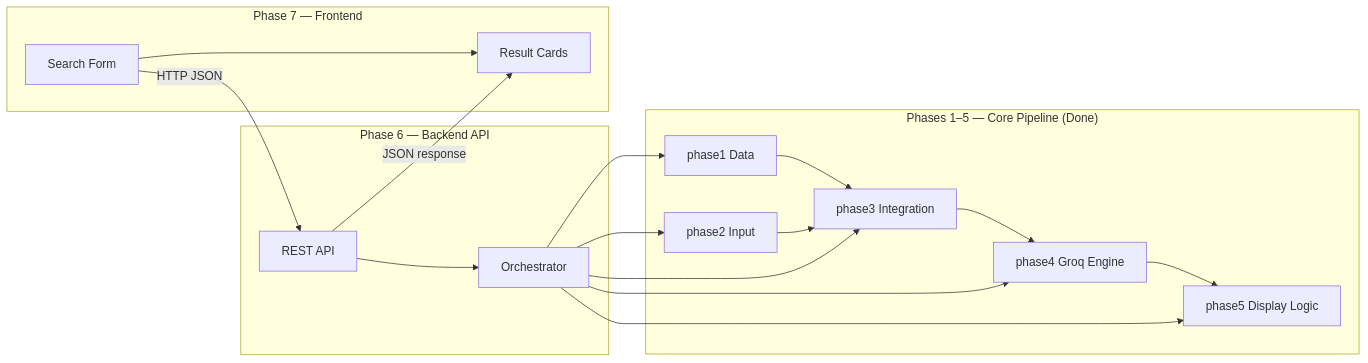
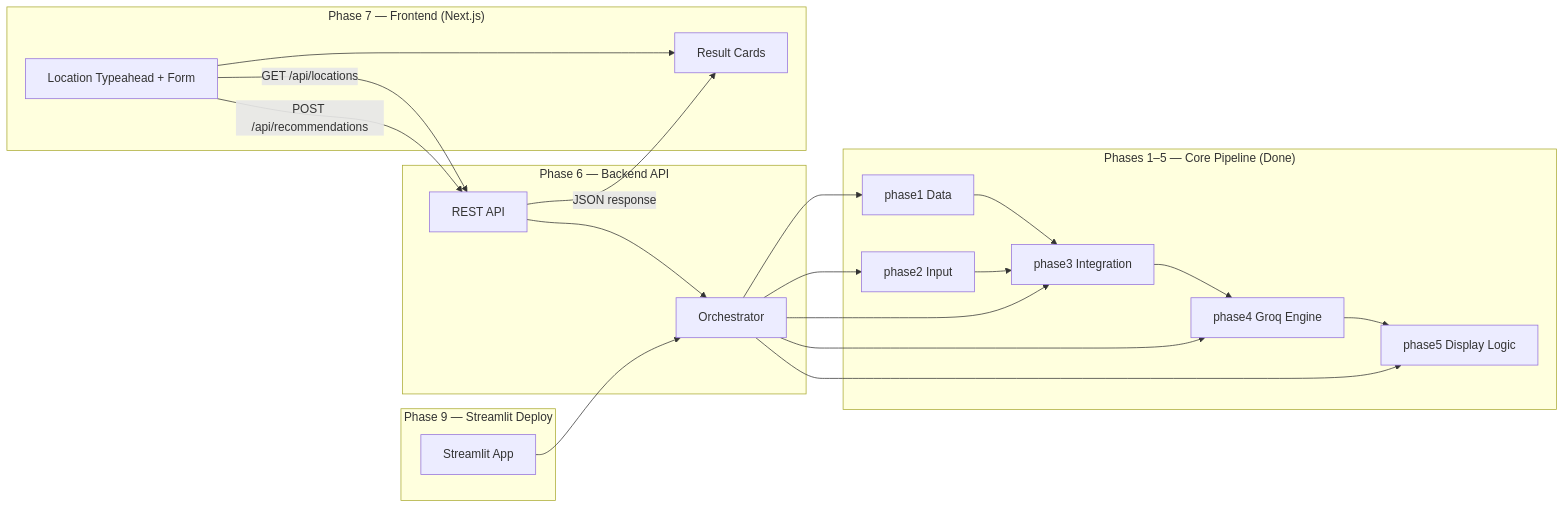
One commit to satheesanaswinPM/project-2---zomato-recomendation. changed the diagram in zomato/architecture.md. Above: the diagram before and after it, drawn with Mermaid. The commit also changed other lines of this file and 39 other files, not shown here.

First line of the commit message:
Add phases 8-9 enhancements and Streamlit deploy path.

````diff
--- a/zomato/architecture.md
+++ b/zomato/architecture.md
@@ -12,33 +13,39 @@
 ```mermaid
 flowchart LR
     subgraph Core["Phases 1–5 — Core Pipeline (Done)"]
         P1[phase1 Data]
         P2[phase2 Input]
         P3[phase3 Integration]
         P4[phase4 Groq Engine]
         P5[phase5 Display Logic]
         P1 --> P3
         P2 --> P3
         P3 --> P4 --> P5
     end
 
     subgraph Phase6["Phase 6 — Backend API"]
         API[REST API]
         Orch[Orchestrator]
         API --> Orch
     end
 
-    subgraph Phase7["Phase 7 — Frontend"]
-        UI[Search Form]
+    subgraph Phase7["Phase 7 — Frontend (Next.js)"]
+        UI[Location Typeahead + Form]
         Results[Result Cards]
         UI --> Results
+    end
+
+    subgraph Phase9["Phase 9 — Streamlit Deploy"]
+        ST[Streamlit App]
     end
 
     Orch --> P1
     Orch --> P2
     Orch --> P3
     Orch --> P4
     Orch --> P5
-    UI -->|HTTP JSON| API
+    UI -->|GET /api/locations| API
+    UI -->|POST /api/recommendations| API
     API -->|JSON response| Results
+    ST --> Orch
 ```
````
